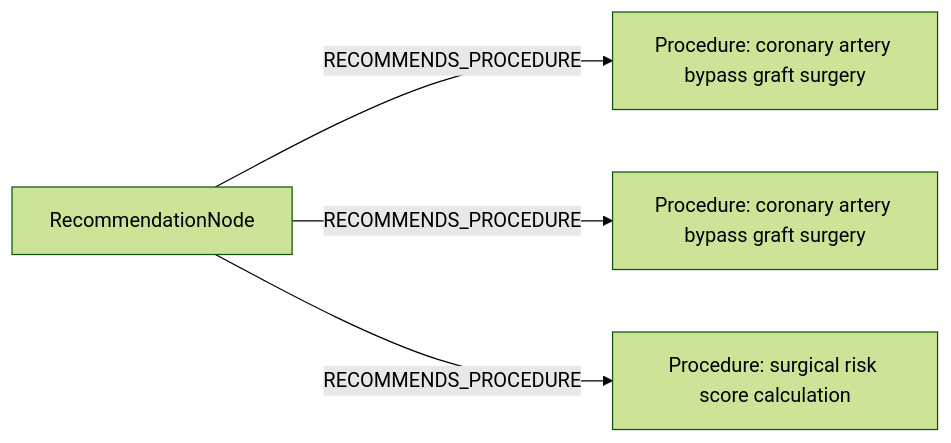
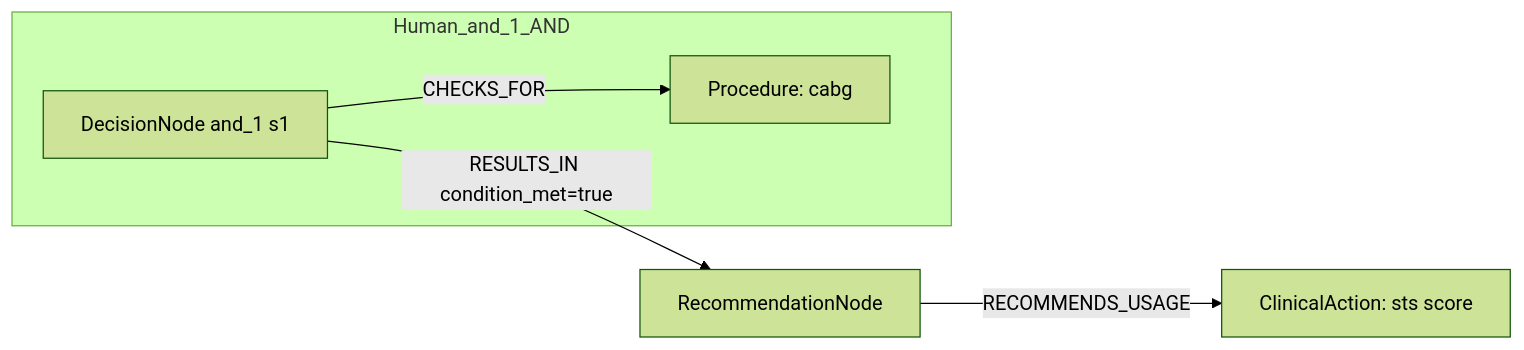
The first of 2 diagrams in docs/table22_rows_comparison/row_14.md (dieterich-lab/CardioGuidelinesGraph), drawn with Mermaid (forest theme) before and after one commit. The commit also changed other lines of this file and 21 other files, not shown here.

Commit message:
Fix rowwise Mermaid side handling for human annotations

````diff
--- a/docs/table22_rows_comparison/row_14.md
+++ b/docs/table22_rows_comparison/row_14.md
@@ -218,10 +74,12 @@
 ```mermaid
 graph LR
   REC[RecommendationNode]
-  ACT1[Procedure: coronary artery bypass graft surgery]
-  REC -->|RECOMMENDS_PROCEDURE| ACT1
-  ACT2[Procedure: coronary artery bypass graft surgery]
-  REC -->|RECOMMENDS_PROCEDURE| ACT2
-  ACT3[Procedure: surgical risk score calculation]
-  REC -->|RECOMMENDS_PROCEDURE| ACT3
+  ACT1[ClinicalAction: sts score]
+  REC -->|RECOMMENDS_USAGE| ACT1
+  subgraph Human_and_1_AND
+    D_and_1_1[DecisionNode and_1 s1]
+    C_and_1_1[Procedure: cabg]
+    D_and_1_1 -->|CHECKS_FOR| C_and_1_1
+  end
+  D_and_1_1 -->|RESULTS_IN condition_met=true| REC
 ```
````
